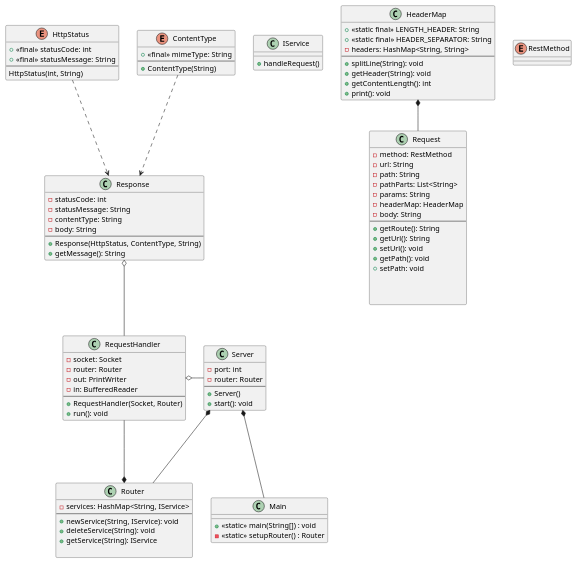
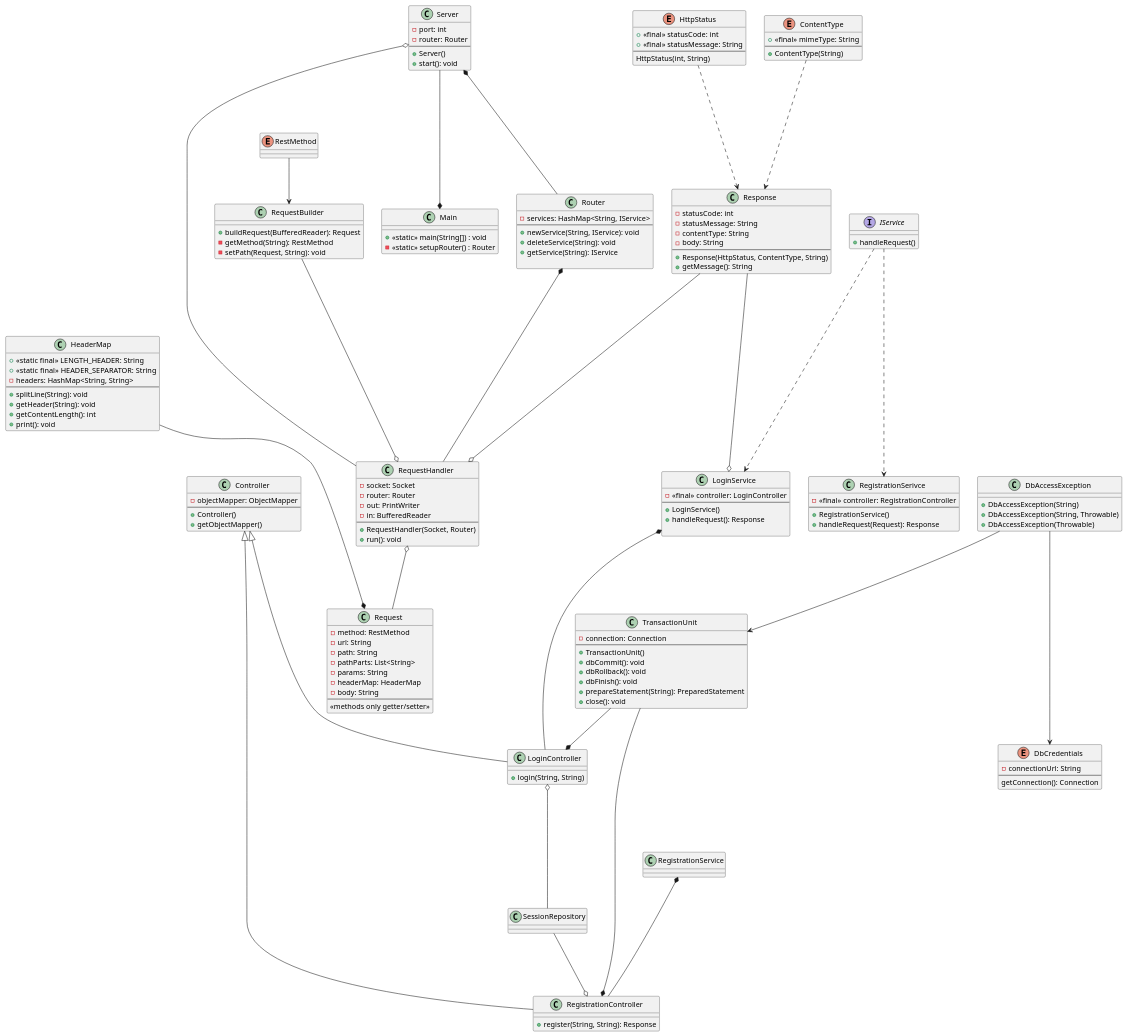
One commit to bpommer/swen1-mtcg changed the diagram in class-diagram.puml. Above: the diagram before and after it, drawn with PlantUML.

Commit message:
Final intermediary

```diff
--- a/class-diagram.puml
+++ b/class-diagram.puml
@@ -1,109 +1,180 @@
 @startuml
 
 class Server {
     - port: int
     - router: Router
     --
     + Server()
     + start(): void
 }
 
 class Router {
     - services: HashMap<String, IService>
     --
     + newService(String, IService): void
     + deleteService(String): void
     + getService(String): IService
 
 }
 
 class RequestHandler {
     - socket: Socket
     - router: Router
     - out: PrintWriter
     - in: BufferedReader
     --
     + RequestHandler(Socket, Router)
     + run(): void
 }
 
 
 class Main {
     + <<static>> main(String[]) : void
     - <<static>> setupRouter() : Router
 }
 
-class IService {
+interface IService {
     + handleRequest()
 }
 
 class HeaderMap {
     + <<static final>> LENGTH_HEADER: String
     + <<static final>> HEADER_SEPARATOR: String
     - headers: HashMap<String, String>
     --
     + splitLine(String): void
     + getHeader(String): void
     + getContentLength(): int
     + print(): void
 }
 
 class Request {
     - method: RestMethod
     - url: String
     - path: String
     - pathParts: List<String>
     - params: String
     - headerMap: HeaderMap
     - body: String
     --
-    + getRoute(): String
-    + getUrl(): String
-    + setUrl(): void
-    + getPath(): void
-    + setPath: void
-
-
-
+    <<methods only getter/setter>>
 }
 
 class Response {
     - statusCode: int
     - statusMessage: String
     - contentType: String
     - body: String
     --
     + Response(HttpStatus, ContentType, String)
     + getMessage(): String
 }
 
 enum HttpStatus {
     + <<final>> statusCode: int
     + <<final>> statusMessage: String
     --
     HttpStatus(int, String)
 }
 
 enum ContentType {
     + <<final>> mimeType: String
     --
     + ContentType(String)
 }
 
 enum RestMethod {
 }
 
+enum DbCredentials {
+    - connectionUrl: String
+    --
+    getConnection(): Connection
+}
+
+class DbAccessException {
+    + DbAccessException(String)
+    + DbAccessException(String, Throwable)
+    + DbAccessException(Throwable)
+
+}
+
+class TransactionUnit {
+    - connection: Connection
+    --
+    + TransactionUnit()
+    + dbCommit(): void
+    + dbRollback(): void
+    + dbFinish(): void
+    + prepareStatement(String): PreparedStatement
+    + close(): void
+}
+
+class Controller {
+    - objectMapper: ObjectMapper
+    --
+    + Controller()
+    + getObjectMapper()
+}
+
+class LoginService {
+    - <<final>> controller: LoginController
+    --
+    + LoginService()
+    + handleRequest(): Response
+
+}
+
+class LoginController {
+    + login(String, String)
+}
+
+class RegistrationSerivce {
+    - <<final>> controller: RegistrationController
+    --
+    + RegistrationService()
+    + handleRequest(Request): Response
+}
+
+class RegistrationController {
+    + register(String, String): Response
+}
+
+class RequestBuilder {
+    + buildRequest(BufferedReader): Request
+    - getMethod(String): RestMethod
+    - setPath(Request, String): void
+}
 
 
-Server *-- Router
-HttpStatus ..> Response
-ContentType ..> Response
-Server *--- Main
-RequestHandler o- Server
-Router *--- RequestHandler
-Response o-- RequestHandler
-HeaderMap *-- Request
+SessionRepository ---o RegistrationController
+RestMethod --> RequestBuilder
+
+RequestBuilder ----o RequestHandler
+LoginController o---- SessionRepository
+LoginService *---- LoginController
+Controller <|---- RegistrationController
+Controller <|---- LoginController
+
+TransactionUnit --* LoginController
+TransactionUnit --* RegistrationController
+
+DbAccessException ---> TransactionUnit
+RegistrationService *---- RegistrationController
+Response ----o LoginService
+IService ....> RegistrationSerivce
+IService ....> LoginService
+DbAccessException ----> DbCredentials
+Server *---- Router
+HttpStatus ....> Response
+ContentType ....> Response
+Server ----* Main
+RequestHandler ----o Server
+Router *---- RequestHandler
+Response ----o RequestHandler
+HeaderMap ----* Request
+RequestHandler o--- Request
 
 
 
 @enduml
```
